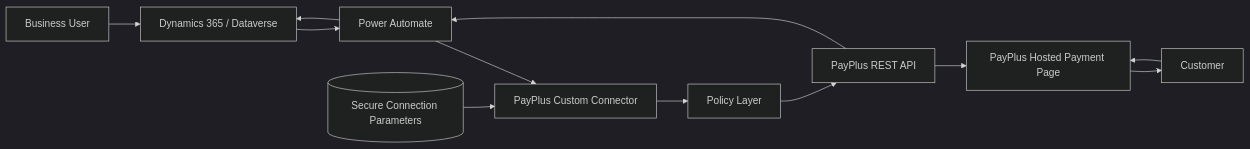
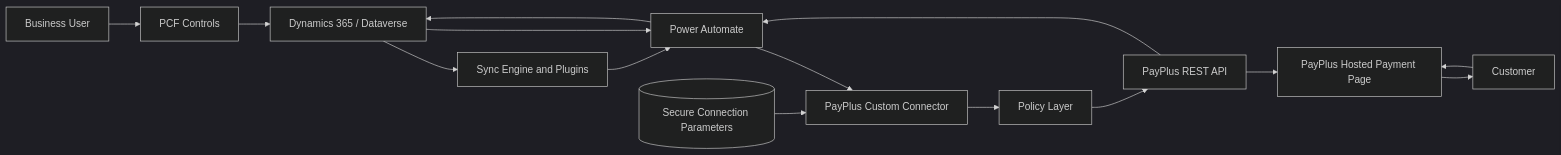
The first of 4 diagrams in docs/en/architecture.md (alexander-you/payplus-power-platform-connector), drawn with Mermaid (dark theme) before and after one commit. The commit also changed other lines of this file and 2 other files, not shown here.

Commit message:
docs: document full solution (sync engine, PCF, tokenization, documents) in README + architecture (EN + HE)

````diff
--- a/docs/en/architecture.md
+++ b/docs/en/architecture.md
@@ -144,24 +215,29 @@
 ```mermaid
 flowchart LR
     user[Business User]
+    pcf[PCF Controls]
     d365[Dynamics 365 / Dataverse]
+    sync[Sync Engine and Plugins]
     flow[Power Automate]
     connector[PayPlus Custom Connector]
     connParams[(Secure Connection Parameters)]
     policy[Policy Layer]
     api[PayPlus REST API]
     hosted[PayPlus Hosted Payment Page]
     customer[Customer]
 
-    user --> d365
+    user --> pcf
+    pcf --> d365
+    d365 --> sync
+    sync --> flow
     d365 --> flow
     flow --> connector
     connParams --> connector
     connector --> policy
     policy --> api
     api --> hosted
     hosted --> customer
     customer --> hosted
     api --> flow
     flow --> d365
 ```
````
